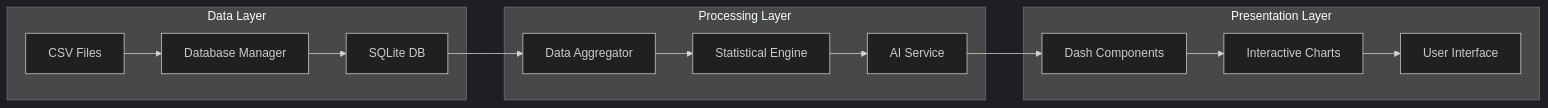
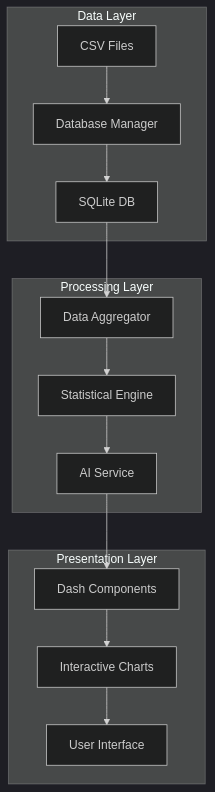
One commit to Wise-Connex/management-tools-analysis-dashboard changed the second of 9 diagrams in README.md. Above: the diagram before and after it, drawn with Mermaid (dark theme). The commit also changed other lines of this file, not shown here.

````diff
--- a/README.md
+++ b/README.md
@@ -36,20 +36,20 @@
 ```mermaid
-flowchart LR
+flowchart TB
     subgraph "Data Layer"
         A1[CSV Files] --> A2[Database Manager]
         A2 --> A3[SQLite DB]
     end
     
     subgraph "Processing Layer"
         B1[Data Aggregator] --> B2[Statistical Engine]
         B2 --> B3[AI Service]
     end
     
     subgraph "Presentation Layer"
         C1[Dash Components] --> C2[Interactive Charts]
         C2 --> C3[User Interface]
     end
     
     A3 --> B1
     B3 --> C1
 ```
````
